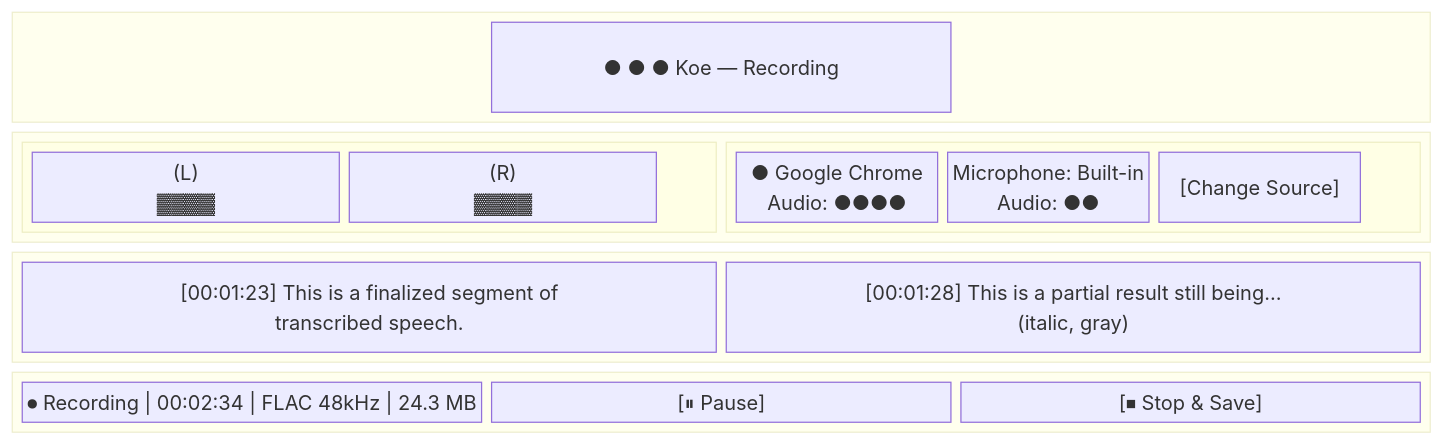
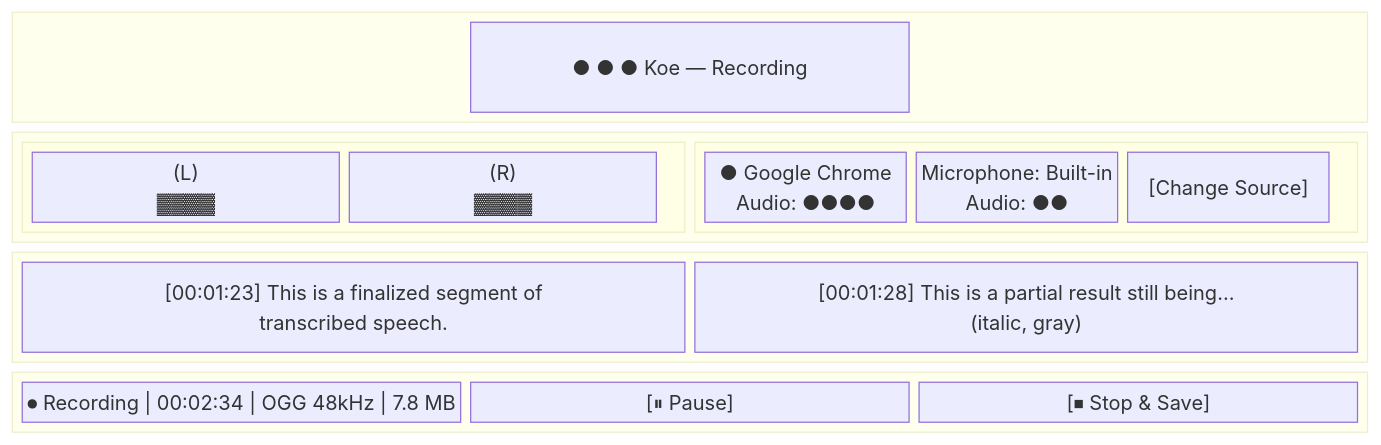
Before and after one commit to mokmok-dev/koe: the second of 5 diagrams in docs/spec/09-gui-interface.md, drawn with Mermaid. The commit also changed other lines of this file and 6 other files, not shown here.

First line of the commit message:
docs: switch default audio format from FLAC to OGG Vorbis

````diff
--- a/docs/spec/09-gui-interface.md
+++ b/docs/spec/09-gui-interface.md
@@ -64,39 +64,39 @@
 ```mermaid
 block-beta
     columns 1
 
     block:titlebar:1
         columns 3
         space
         title["● ● ●   Koe — Recording"]
         space
     end
 
     block:body:1
         columns 2
 
         block:meters:1
             columns 2
             meterL["(L)<br/>▓▓▓▓"]
             meterR["(R)<br/>▓▓▓▓"]
         end
 
         block:source:1
             srcApp["● Google Chrome<br/>  Audio: ●●●●"]
             srcMic["Microphone: Built-in<br/>  Audio: ●●"]
             btn["[Change Source]"]
         end
     end
 
     block:transcript:1
         seg1["[00:01:23] This is a finalized segment of<br/>transcribed speech."]
         seg2["[00:01:28] This is a partial result still being…<br/>(italic, gray)"]
     end
 
     block:controls:1
         columns 3
-        status["⏺ Recording | 00:02:34 | FLAC 48kHz | 24.3 MB"]
+        status["⏺ Recording | 00:02:34 | OGG 48kHz | 7.8 MB"]
         pauseBtn["[⏸ Pause]"]
         stopBtn["[⏹ Stop & Save]"]
     end
 ```
````
